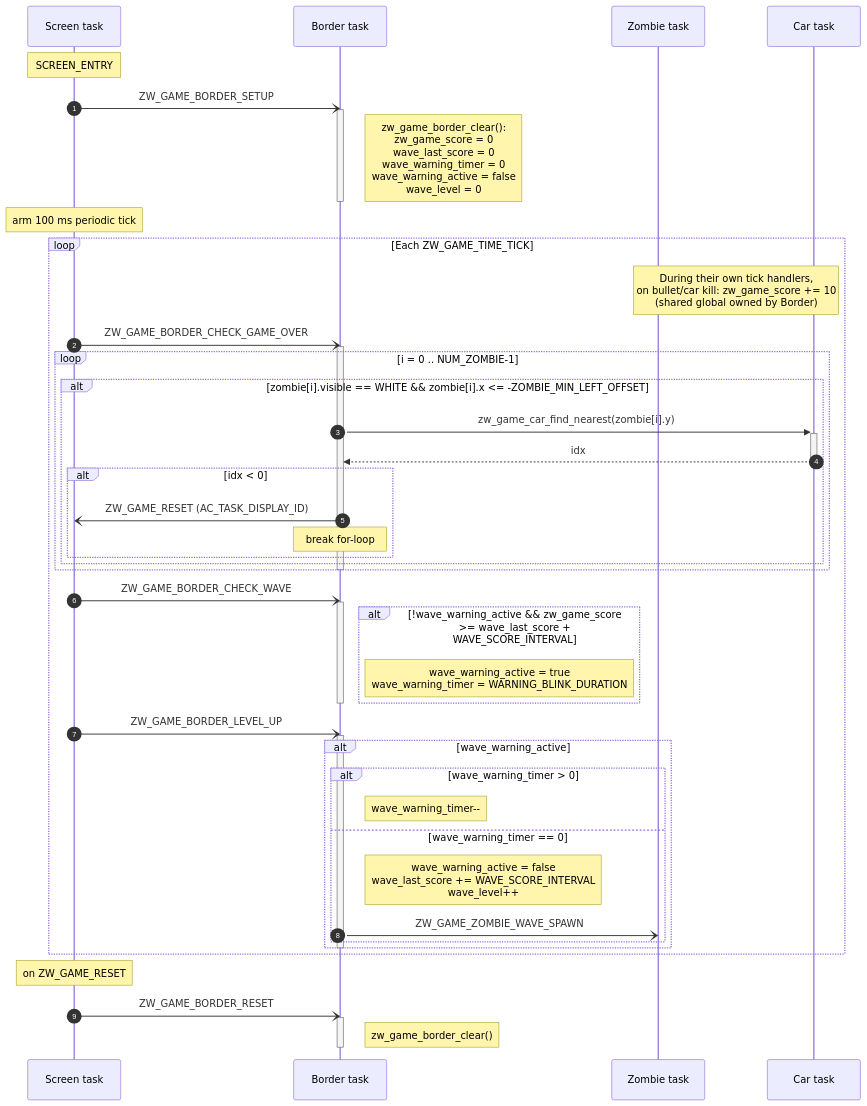
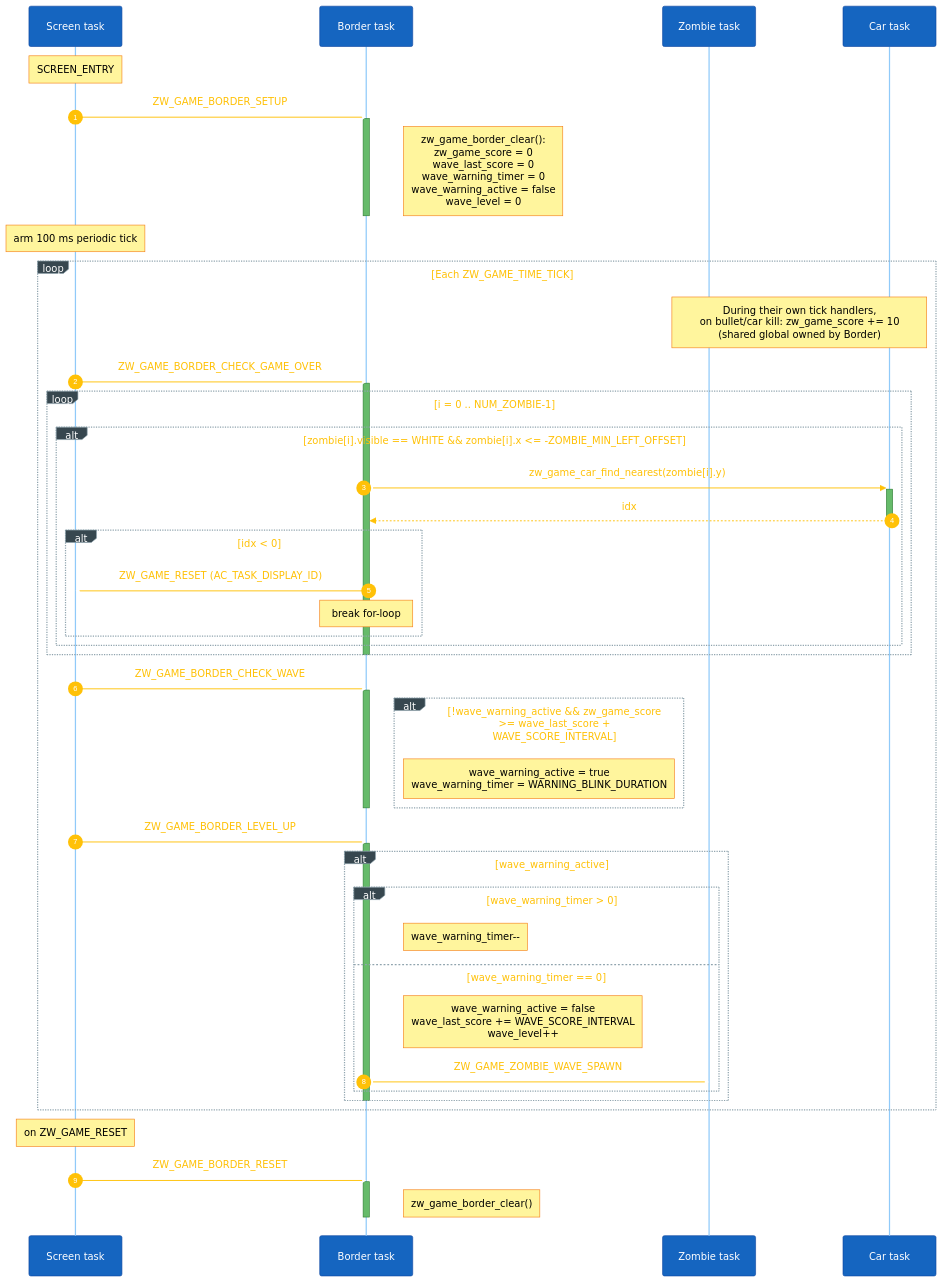
Before and after one commit to caotrongphuoc/mini-clock: the seventh of 7 diagrams in docs/object_sequence.md, drawn with Mermaid. The commit also changed other lines of this file and 1 other file, not shown here.

Commit message:
[UPDATE] enlarge and recolor mermaid diagrams for readability

````diff
--- a/docs/object_sequence.md
+++ b/docs/object_sequence.md
@@ -454,59 +454,59 @@
 ```mermaid
-%%{init: {'theme':'default', 'themeVariables':{'fontSize':'15px'}, 'sequence':{'actorMargin':80, 'messageFontSize':14, 'noteFontSize':13, 'boxMargin':10, 'useMaxWidth':false}}}%%
+%%{init: {'theme':'base','themeVariables':{'fontSize':'18px','primaryColor':'#1565c0','primaryTextColor':'#ffffff','primaryBorderColor':'#0d47a1','lineColor':'#90a4ae','signalColor':'#ffc107','signalTextColor':'#ffc107','actorBkg':'#1565c0','actorBorder':'#0d47a1','actorTextColor':'#ffffff','actorLineColor':'#90caf9','noteBkgColor':'#fff59d','noteTextColor':'#000000','noteBorderColor':'#f57f17','activationBkgColor':'#66bb6a','activationBorderColor':'#2e7d32','sequenceNumberColor':'#ffffff','loopTextColor':'#ffc107','labelBoxBkgColor':'#37474f','labelBoxBorderColor':'#90a4ae','labelTextColor':'#ffffff'},'sequence':{'actorMargin':120,'messageFontSize':17,'noteFontSize':15,'actorFontSize':17,'boxMargin':15,'boxTextMargin':8,'noteMargin':12,'useMaxWidth':false}}}%%
 sequenceDiagram
     autonumber
     participant Scr as Screen task
     participant Bdr as Border task
     participant Zmb as Zombie task
     participant Car as Car task
 
     Note over Scr: SCREEN_ENTRY
     Scr-)Bdr: ZW_GAME_BORDER_SETUP
     activate Bdr
     Note right of Bdr: zw_game_border_clear():<br/>zw_game_score = 0<br/>wave_last_score = 0<br/>wave_warning_timer = 0<br/>wave_warning_active = false<br/>wave_level = 0
     deactivate Bdr
     Note over Scr: arm 100 ms periodic tick
 
     loop Each ZW_GAME_TIME_TICK
         Note over Zmb,Car: During their own tick handlers,<br/>on bullet/car kill: zw_game_score += 10<br/>(shared global owned by Border)
 
         Scr-)Bdr: ZW_GAME_BORDER_CHECK_GAME_OVER
         activate Bdr
         loop i = 0 .. NUM_ZOMBIE-1
             alt zombie[i].visible == WHITE && zombie[i].x <= -ZOMBIE_MIN_LEFT_OFFSET
                 Bdr->>+Car: zw_game_car_find_nearest(zombie[i].y)
                 Car-->>-Bdr: idx
                 alt idx < 0
                     Bdr-)Scr: ZW_GAME_RESET (AC_TASK_DISPLAY_ID)
                     Note over Bdr: break for-loop
                 end
             end
         end
         deactivate Bdr
 
         Scr-)Bdr: ZW_GAME_BORDER_CHECK_WAVE
         activate Bdr
         alt !wave_warning_active && zw_game_score >= wave_last_score + WAVE_SCORE_INTERVAL
             Note right of Bdr: wave_warning_active = true<br/>wave_warning_timer = WARNING_BLINK_DURATION
         end
         deactivate Bdr
 
         Scr-)Bdr: ZW_GAME_BORDER_LEVEL_UP
         activate Bdr
         alt wave_warning_active
             alt wave_warning_timer > 0
                 Note right of Bdr: wave_warning_timer--
             else wave_warning_timer == 0
                 Note right of Bdr: wave_warning_active = false<br/>wave_last_score += WAVE_SCORE_INTERVAL<br/>wave_level++
                 Bdr-)Zmb: ZW_GAME_ZOMBIE_WAVE_SPAWN
             end
         end
         deactivate Bdr
     end
 
     Note over Scr: on ZW_GAME_RESET
     Scr-)Bdr: ZW_GAME_BORDER_RESET
     activate Bdr
     Note right of Bdr: zw_game_border_clear()
     deactivate Bdr
 ```
````
